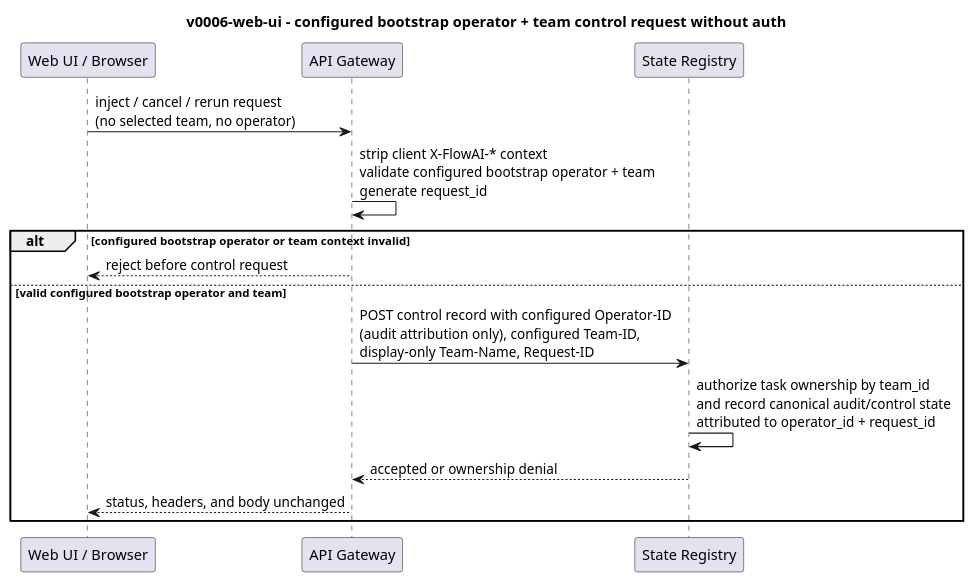
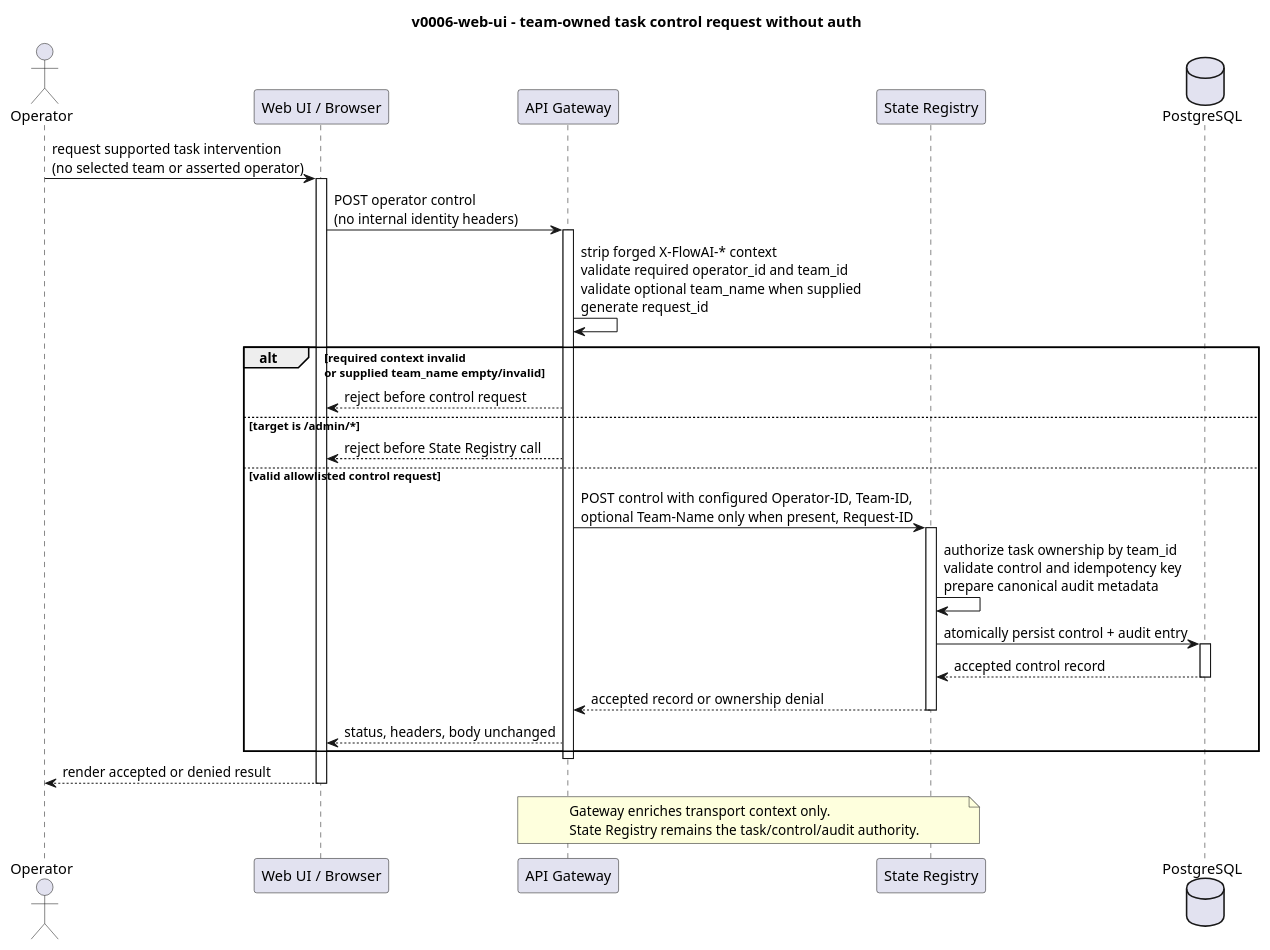
The diagram in openspec/changes/v0006-web-ui/specs/diagrams/05-control-request-no-auth.puml (pandops/flowai), drawn with PlantUML before and after one commit. The commit also changed 22 other files, not shown here.

```diff
--- a/openspec/changes/v0006-web-ui/specs/diagrams/05-control-request-no-auth.puml
+++ b/openspec/changes/v0006-web-ui/specs/diagrams/05-control-request-no-auth.puml
@@ -2,19 +2,41 @@
 @startuml
-title v0006-web-ui - configured bootstrap operator + team control request without auth
+title v0006-web-ui - team-owned task control request without auth
 
-participant "Web UI / Browser" as UI
-participant "API Gateway" as GW
-participant "State Registry" as State
+actor "Operator" as operator_actor
+participant "Web UI / Browser" as web_browser
+participant "API Gateway" as api_gateway
+participant "State Registry" as state_registry
+database "PostgreSQL" as state_database
 
-UI -> GW : inject / cancel / rerun request\n(no selected team, no operator)
-GW -> GW : strip client X-FlowAI-* context\nvalidate configured bootstrap operator + team\ngenerate request_id
-alt configured bootstrap operator or team context invalid
-  GW --> UI : reject before control request
-else valid configured bootstrap operator and team
-  GW -> State : POST control record with configured Operator-ID\n(audit attribution only), configured Team-ID,\ndisplay-only Team-Name, Request-ID
-  State -> State : authorize task ownership by team_id\nand record canonical audit/control state\nattributed to operator_id + request_id
-  State --> GW : accepted or ownership denial
-  GW --> UI : status, headers, and body unchanged
+operator_actor -> web_browser : request supported task intervention\n(no selected team or asserted operator)
+activate web_browser
+web_browser -> api_gateway : POST operator control\n(no internal identity headers)
+activate api_gateway
+api_gateway -> api_gateway : strip forged X-FlowAI-* context\nvalidate required operator_id and team_id\nvalidate optional team_name when supplied\ngenerate request_id
+
+alt required context invalid\nor supplied team_name empty/invalid
+  api_gateway --> web_browser : reject before control request
+else target is /admin/*
+  api_gateway --> web_browser : reject before State Registry call
+else valid allowlisted control request
+  api_gateway -> state_registry : POST control with configured Operator-ID, Team-ID,\noptional Team-Name only when present, Request-ID
+  activate state_registry
+  state_registry -> state_registry : authorize task ownership by team_id\nvalidate control and idempotency key\nprepare canonical audit metadata
+  state_registry -> state_database : atomically persist control + audit entry
+  activate state_database
+  state_database --> state_registry : accepted control record
+  deactivate state_database
+  state_registry --> api_gateway : accepted record or ownership denial
+  deactivate state_registry
+  api_gateway --> web_browser : status, headers, body unchanged
 end
+deactivate api_gateway
+web_browser --> operator_actor : render accepted or denied result
+deactivate web_browser
+
+note over api_gateway, state_registry
+  Gateway enriches transport context only.
+  State Registry remains the task/control/audit authority.
+end note
 
 @enduml
```
